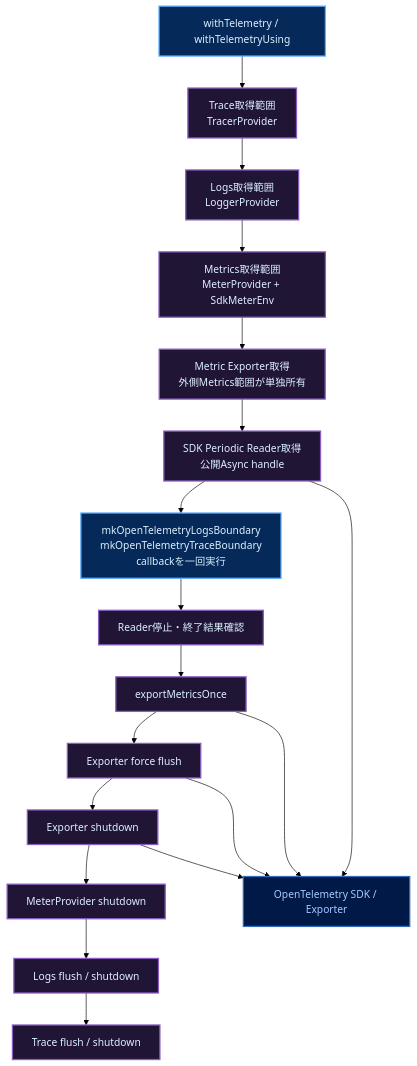
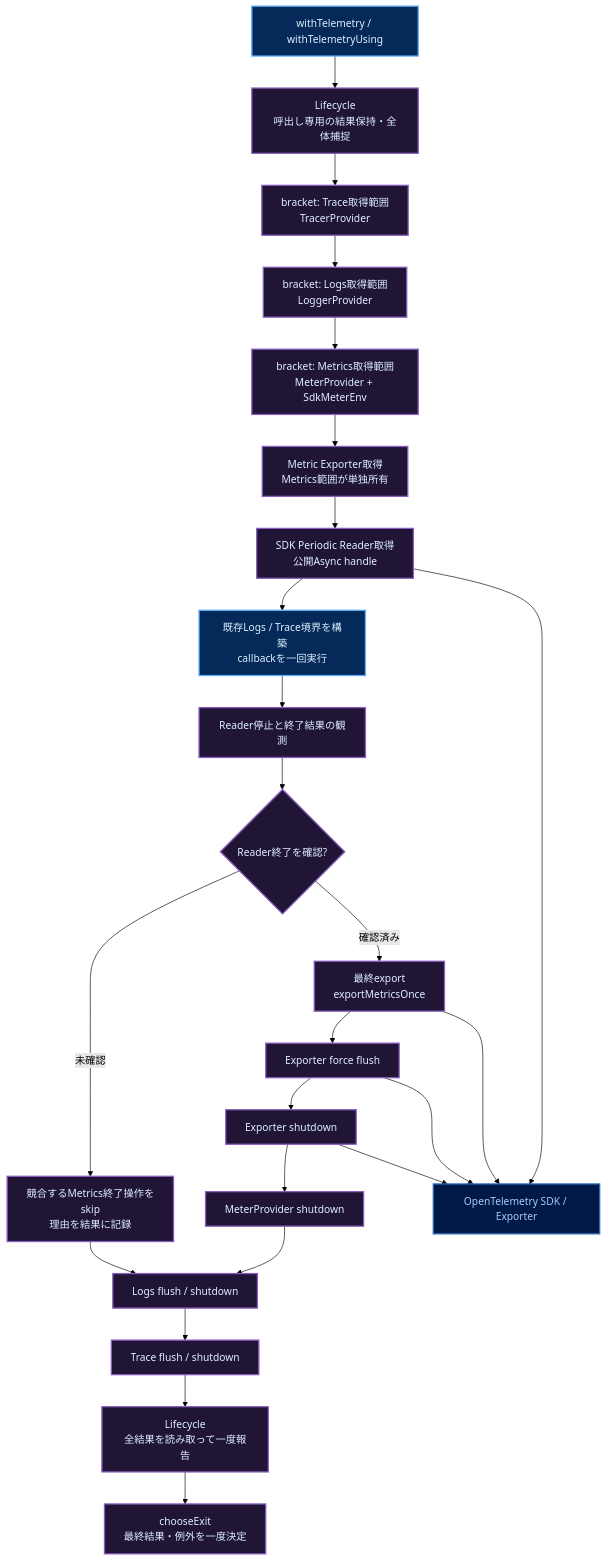
Before and after one commit to takashit16833/Workbench: the third of 4 diagrams in Notes/RAGScope/RAGScopeアプリケーション/RAGScopeアプリケーション Haskellライブラリ・モジュールマップ.md, drawn with Mermaid (forest theme). The commit also changed other lines of this file, not shown here.

Commit message:
docs: align RS-0024 module map with lifecycle responsibility split

````diff
--- a/Notes/RAGScope/RAGScopeアプリケーション/RAGScopeアプリケーション Haskellライブラリ・モジュールマップ.md
+++ b/Notes/RAGScope/RAGScopeアプリケーション/RAGScopeアプリケーション Haskellライブラリ・モジュールマップ.md
@@ -132,33 +140,41 @@
 ```mermaid
 flowchart TB
   root["withTelemetry / withTelemetryUsing"]
-  trace["Trace取得範囲<br/>TracerProvider"]
-  logs["Logs取得範囲<br/>LoggerProvider"]
-  meter["Metrics取得範囲<br/>MeterProvider + SdkMeterEnv"]
-  exporter["Metric Exporter取得<br/>外側Metrics範囲が単独所有"]
+  scope["Lifecycle<br/>呼出し専用の結果保持・全体捕捉"]
+  trace["bracket: Trace取得範囲<br/>TracerProvider"]
+  logs["bracket: Logs取得範囲<br/>LoggerProvider"]
+  meter["bracket: Metrics取得範囲<br/>MeterProvider + SdkMeterEnv"]
+  exporter["Metric Exporter取得<br/>Metrics範囲が単独所有"]
   reader["SDK Periodic Reader取得<br/>公開Async handle"]
-  use["mkOpenTelemetryLogsBoundary<br/>mkOpenTelemetryTraceBoundary<br/>callbackを一回実行"]
-  stop["Reader停止・終了結果確認"]
-  export["exportMetricsOnce"]
+  use["既存Logs / Trace境界を構築<br/>callbackを一回実行"]
+  stop["Reader停止と終了結果の観測"]
+  confirmed{"Reader終了を確認?"}
+  export["最終export<br/>exportMetricsOnce"]
   flush["Exporter force flush"]
   close["Exporter shutdown"]
   meterClose["MeterProvider shutdown"]
+  skipped["競合するMetrics終了操作をskip<br/>理由を結果に記録"]
   logsClose["Logs flush / shutdown"]
   traceClose["Trace flush / shutdown"]
+  report["Lifecycle<br/>全結果を読み取って一度報告"]
+  choose["chooseExit<br/>最終結果・例外を一度決定"]
   sdk["OpenTelemetry SDK / Exporter"]
 
-  root --> trace --> logs --> meter --> exporter --> reader --> use
-  use --> stop --> export --> flush --> close --> meterClose --> logsClose --> traceClose
+  root --> scope --> trace --> logs --> meter --> exporter --> reader --> use
+  use --> stop --> confirmed
+  confirmed -->|確認済み| export --> flush --> close --> meterClose --> logsClose
+  confirmed -->|未確認| skipped --> logsClose
+  logsClose --> traceClose --> report --> choose
   reader --> sdk
   export --> sdk
   flush --> sdk
   close --> sdk
 
   classDef public fill:#052A59,stroke:#5EAFFF,color:#DDF0FF,stroke-width:2px
   classDef private fill:#211536,stroke:#8A5EC0,color:#DDF0FF,stroke-width:2px
   classDef external fill:#001947,stroke:#316CBD,color:#A6CAFF,stroke-width:2px
 
   class root,use public
-  class trace,logs,meter,exporter,reader,stop,export,flush,close,meterClose,logsClose,traceClose private
+  class scope,trace,logs,meter,exporter,reader,stop,confirmed,export,flush,close,meterClose,skipped,logsClose,traceClose,report,choose private
   class sdk external
 ```
````
